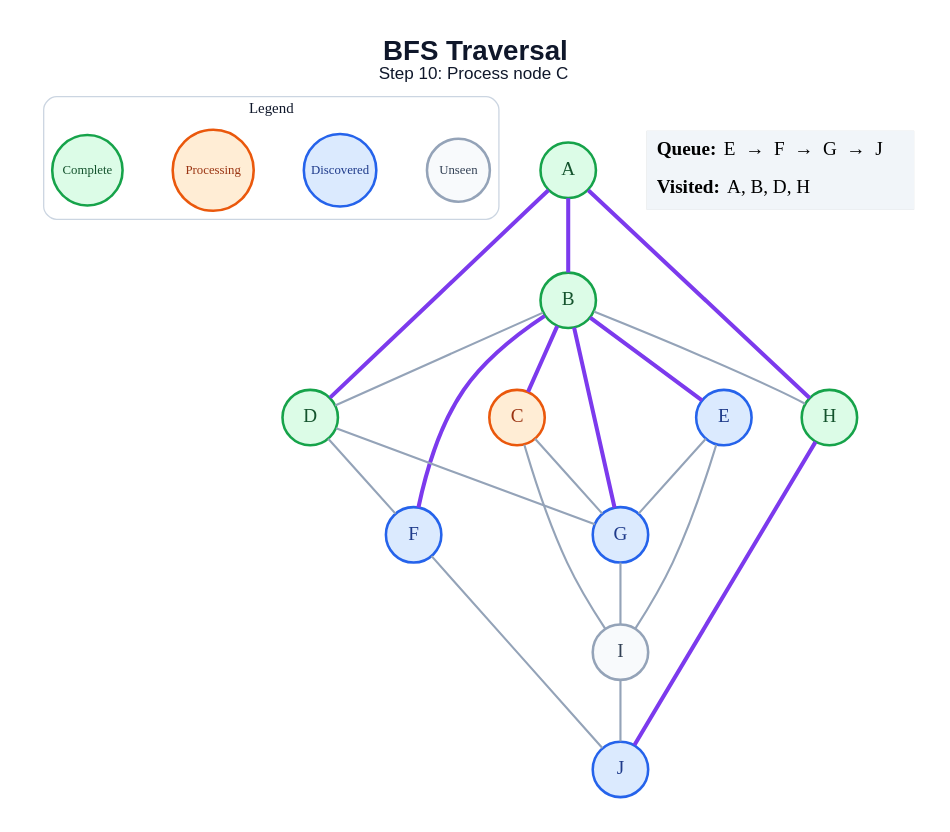
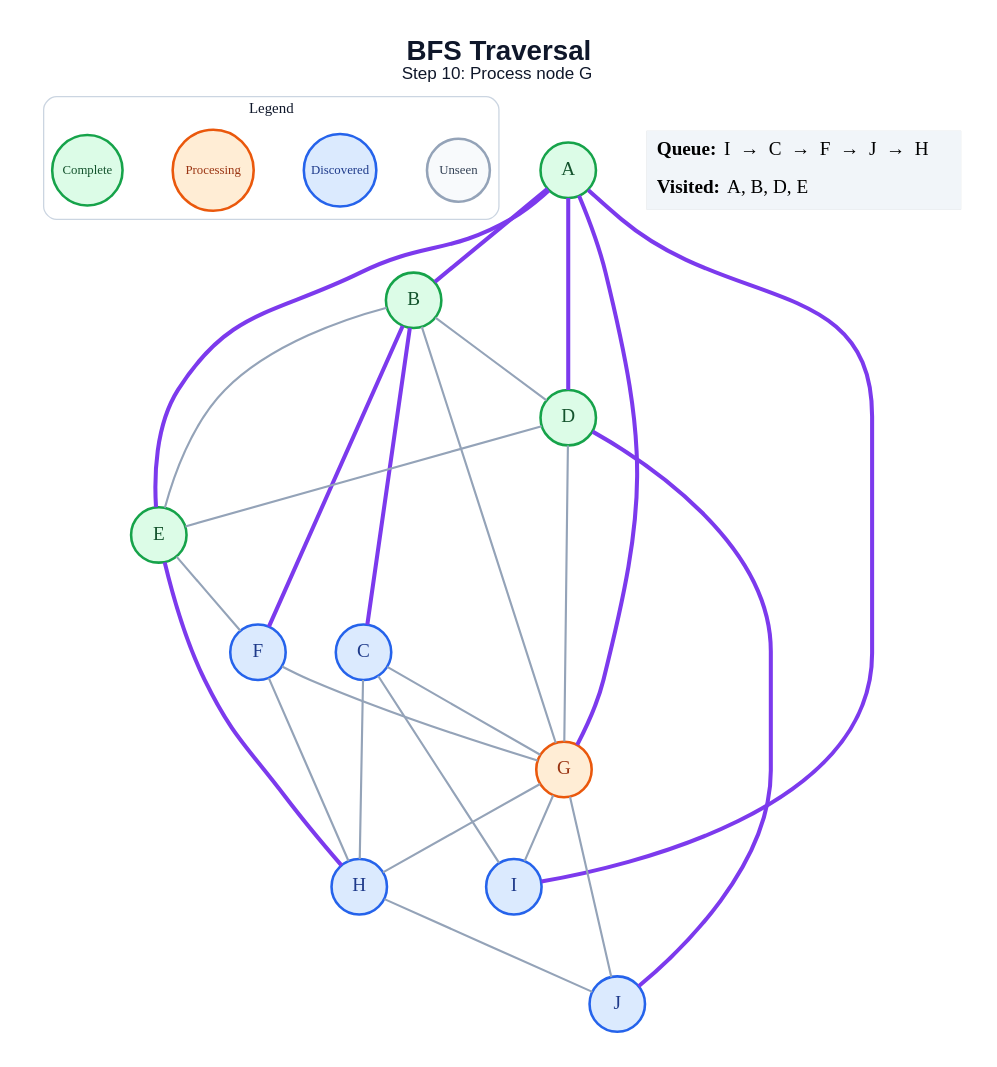
One commit to amanghodawala9/ai-slop changed the diagram in generated/bfs/step_10.dot. Above: the diagram before and after it, drawn with Graphviz. The commit also changed 178 other files, not shown here.

```diff
--- a/generated/bfs/step_10.dot
+++ b/generated/bfs/step_10.dot
@@ -1,48 +1,53 @@
 graph traversal {
   graph [layout=dot, rankdir=TB, bgcolor="#FFFFFF", pad="0.35", nodesep="0.65", ranksep="0.8", fontname="Arial"];
   node [shape=circle, style="filled", fontname="Arial Bold", fontsize=18, width=0.72, fixedsize=true, penwidth=2.4];
   edge [color="#94A3B8", penwidth=2.0];
-  label=<<B>BFS Traversal</B><BR/><FONT POINT-SIZE="16">Step 10: Process node C</FONT>>; labelloc="t"; fontsize=26; fontname="Arial"; fontcolor="#0F172A";
+  label=<<B>BFS Traversal</B><BR/><FONT POINT-SIZE="16">Step 10: Process node G</FONT>>; labelloc="t"; fontsize=26; fontname="Arial"; fontcolor="#0F172A";
   subgraph cluster_legend { label="Legend"; color="#CBD5E1"; penwidth=1.2; style="rounded"; fontsize=14; fontname="Arial Bold";
     key_unseen [label="Unseen", fillcolor="#F8FAFC", color="#94A3B8", fontcolor="#334155", fontsize=12, width=0.82];
     key_frontier [label="Discovered", fillcolor="#DBEAFE", color="#2563EB", fontcolor="#1E3A8A", fontsize=12, width=0.95];
     key_current [label="Processing", fillcolor="#FFEDD5", color="#EA580C", fontcolor="#9A3412", fontsize=12, width=1.05];
     key_done [label="Complete", fillcolor="#DCFCE7", color="#16A34A", fontcolor="#14532D", fontsize=12, width=0.92];
     { rank=same; key_unseen; key_frontier; key_current; key_done; }
   }
   A [fillcolor="#DCFCE7", color="#16A34A", fontcolor="#14532D"];
   B [fillcolor="#DCFCE7", color="#16A34A", fontcolor="#14532D"];
-  C [fillcolor="#FFEDD5", color="#EA580C", fontcolor="#9A3412"];
+  C [fillcolor="#DBEAFE", color="#2563EB", fontcolor="#1E3A8A"];
   D [fillcolor="#DCFCE7", color="#16A34A", fontcolor="#14532D"];
-  E [fillcolor="#DBEAFE", color="#2563EB", fontcolor="#1E3A8A"];
+  E [fillcolor="#DCFCE7", color="#16A34A", fontcolor="#14532D"];
   F [fillcolor="#DBEAFE", color="#2563EB", fontcolor="#1E3A8A"];
-  G [fillcolor="#DBEAFE", color="#2563EB", fontcolor="#1E3A8A"];
-  H [fillcolor="#DCFCE7", color="#16A34A", fontcolor="#14532D"];
-  I [fillcolor="#F8FAFC", color="#94A3B8", fontcolor="#334155"];
+  G [fillcolor="#FFEDD5", color="#EA580C", fontcolor="#9A3412"];
+  H [fillcolor="#DBEAFE", color="#2563EB", fontcolor="#1E3A8A"];
+  I [fillcolor="#DBEAFE", color="#2563EB", fontcolor="#1E3A8A"];
   J [fillcolor="#DBEAFE", color="#2563EB", fontcolor="#1E3A8A"];
   A -- B [color="#7C3AED", penwidth=3.8];
   A -- D [color="#7C3AED", penwidth=3.8];
-  A -- H [color="#7C3AED", penwidth=3.8];
+  A -- E [color="#7C3AED", penwidth=3.8];
+  A -- G [color="#7C3AED", penwidth=3.8];
+  A -- I [color="#7C3AED", penwidth=3.8];
   B -- C [color="#7C3AED", penwidth=3.8];
   B -- D;
-  B -- E [color="#7C3AED", penwidth=3.8];
+  B -- E;
   B -- F [color="#7C3AED", penwidth=3.8];
-  B -- G [color="#7C3AED", penwidth=3.8];
-  B -- H;
+  B -- G;
   C -- G;
+  C -- H;
   C -- I;
-  D -- F;
+  D -- E;
   D -- G;
-  E -- G;
-  E -- I;
-  F -- J;
+  D -- J [color="#7C3AED", penwidth=3.8];
+  E -- F;
+  E -- H [color="#7C3AED", penwidth=3.8];
+  F -- G;
+  F -- H;
+  G -- H;
   G -- I;
-  H -- J [color="#7C3AED", penwidth=3.8];
-  I -- J;
+  G -- J;
+  H -- J;
   status [shape=plain, fixedsize=false, width=0, height=0, margin=0, label=<
     <TABLE BORDER="0" CELLBORDER="0" CELLPADDING="7" BGCOLOR="#F1F5F9">
-      <TR><TD ALIGN="LEFT"><B>Queue:</B> E  →  F  →  G  →  J</TD></TR>
-      <TR><TD ALIGN="LEFT"><B>Visited:</B> A, B, D, H</TD></TR>
+      <TR><TD ALIGN="LEFT"><B>Queue:</B> I  →  C  →  F  →  J  →  H</TD></TR>
+      <TR><TD ALIGN="LEFT"><B>Visited:</B> A, B, D, E</TD></TR>
     </TABLE>
   >];
 }
```
